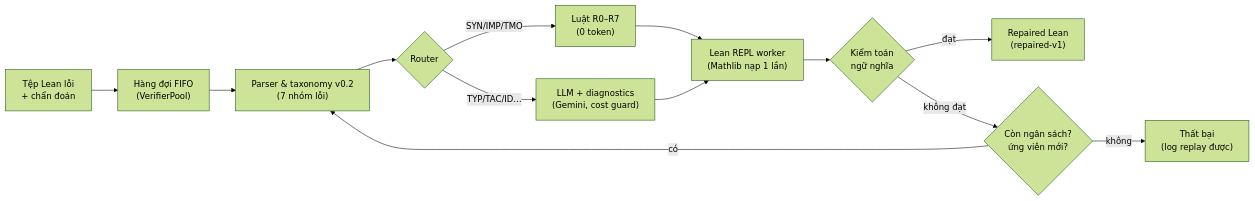
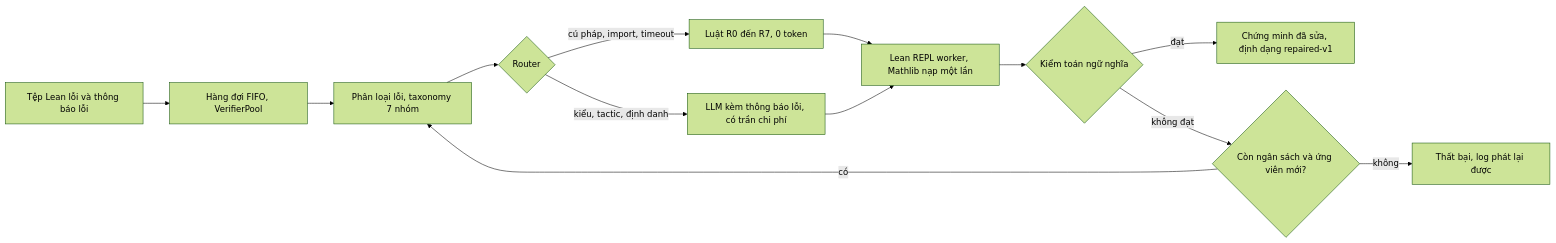
The diagram in README.md (tamdv/ai4math-verifier-guided-repair), drawn with Mermaid (forest theme) before and after one commit. The commit also changed other lines of this file, not shown here.

````diff
--- a/README.md
+++ b/README.md
@@ -21,14 +38,14 @@
 ```mermaid
 flowchart LR
-    D["Tệp Lean lỗi<br/>+ chẩn đoán"] --> Q["Hàng đợi FIFO<br/>(VerifierPool)"]
-    Q --> P["Parser & taxonomy v0.2<br/>(7 nhóm lỗi)"]
+    D["Tệp Lean lỗi và thông báo lỗi"] --> Q["Hàng đợi FIFO, VerifierPool"]
+    Q --> P["Phân loại lỗi, taxonomy 7 nhóm"]
     P --> R{"Router"}
-    R -->|SYN/IMP/TMO| Rule["Luật R0–R7<br/>(0 token)"]
-    R -->|TYP/TAC/ID…| LLM["LLM + diagnostics<br/>(Gemini, cost guard)"]
-    Rule & LLM --> V["Lean REPL worker<br/>(Mathlib nạp 1 lần)"]
-    V --> A{"Kiểm toán<br/>ngữ nghĩa"}
-    A -->|đạt| OK["Repaired Lean<br/>(repaired-v1)"]
-    A -->|không đạt| B{"Còn ngân sách?<br/>ứng viên mới?"}
+    R -->|cú pháp, import, timeout| Rule["Luật R0 đến R7, 0 token"]
+    R -->|kiểu, tactic, định danh| LLM["LLM kèm thông báo lỗi, có trần chi phí"]
+    Rule & LLM --> V["Lean REPL worker, Mathlib nạp một lần"]
+    V --> A{"Kiểm toán ngữ nghĩa"}
+    A -->|đạt| OK["Chứng minh đã sửa, định dạng repaired-v1"]
+    A -->|không đạt| B{"Còn ngân sách và ứng viên mới?"}
     B -->|có| P
-    B -->|không| F["Thất bại<br/>(log replay được)"]
+    B -->|không| F["Thất bại, log phát lại được"]
 ```
````
